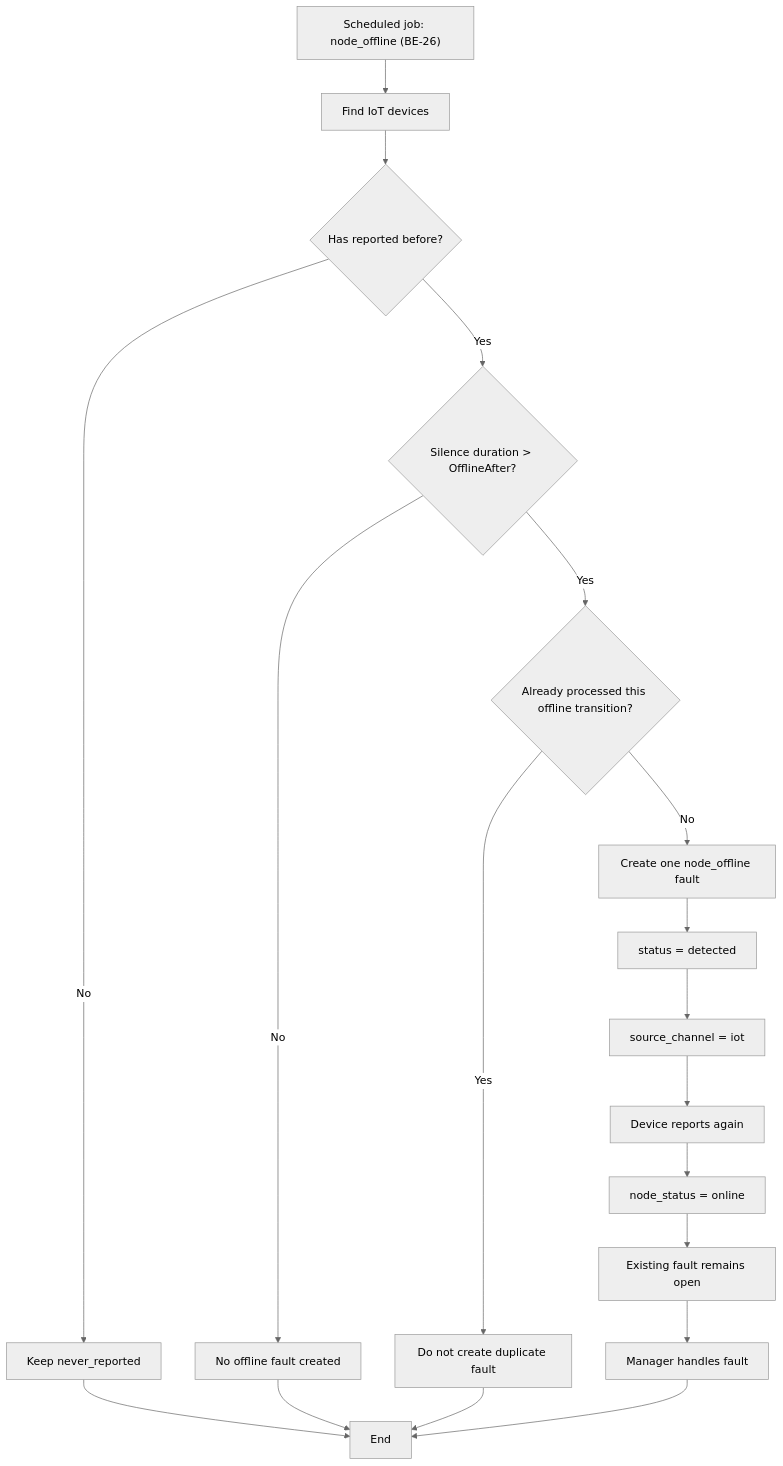
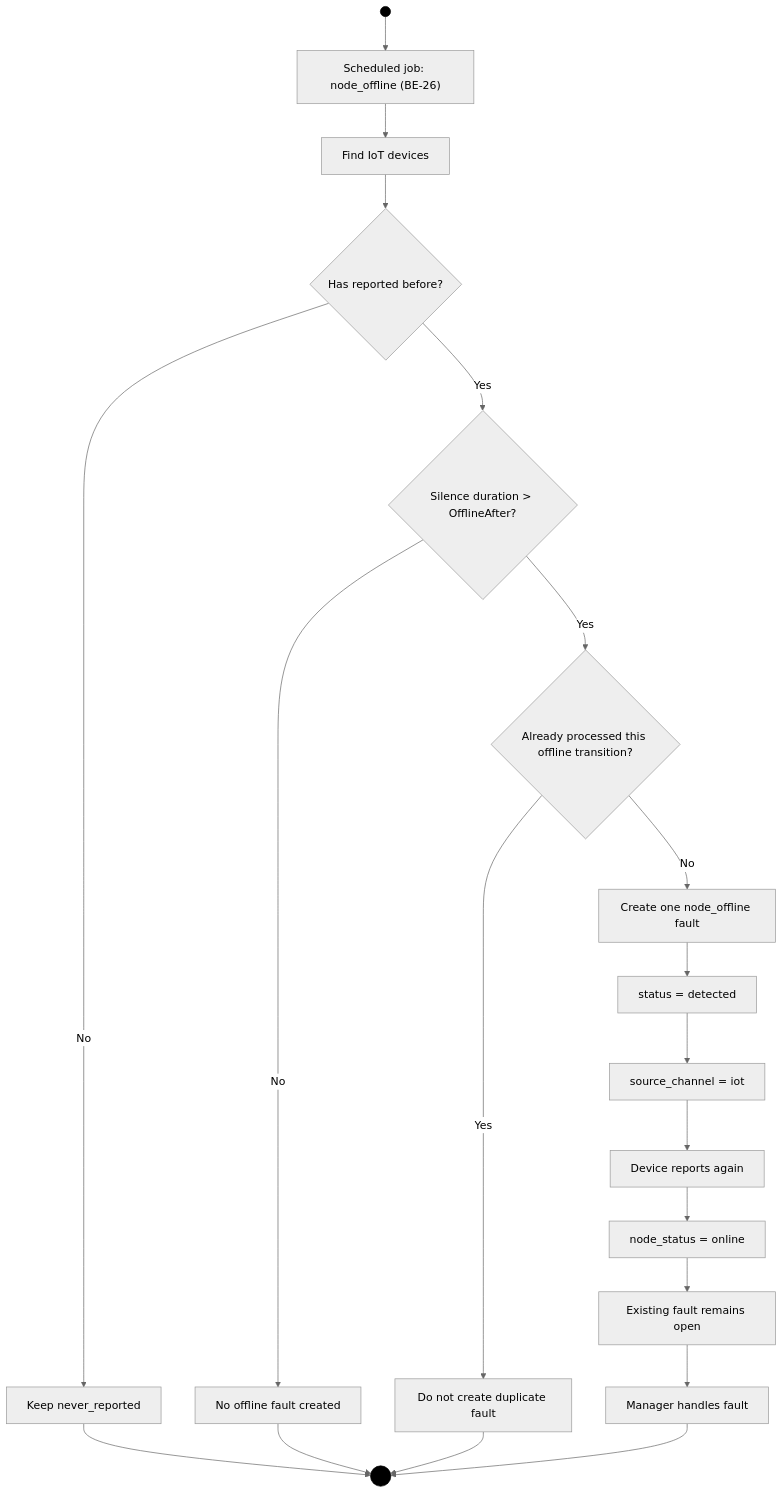
One commit to LuxMapLabs/luxmap_backend changed the eighth of 14 diagrams in docs/state-machines.md. Above: the diagram before and after it, drawn with Mermaid (neutral theme). The commit also changed other lines of this file and 1 other file, not shown here.

First line of the commit message:
docs(state-machines): start and end markers where a diagram lacked them

````diff
--- a/docs/state-machines.md
+++ b/docs/state-machines.md
@@ -293,27 +293,31 @@
 ```mermaid
 flowchart TD
+    S((" ")) --> A
     A["Scheduled job: node_offline (BE-26)"] --> B["Find IoT devices"]
     B --> C{"Has reported before?"}
 
     C -- "No" --> D["Keep never_reported"]
     C -- "Yes" --> E{"Silence duration > OfflineAfter?"}
 
     E -- "No" --> F["No offline fault created"]
     E -- "Yes" --> G{"Already processed this offline transition?"}
 
     G -- "No" --> H["Create one node_offline fault"]
     H --> I["status = detected"]
     I --> J["source_channel = iot"]
 
     G -- "Yes" --> K["Do not create duplicate fault"]
 
     J --> L["Device reports again"]
     L --> M["node_status = online"]
     M --> N["Existing fault remains open"]
     N --> O["Manager handles fault"]
 
-    D --> P["End"]
+    D --> P(((" ")))
     F --> P
     K --> P
     O --> P
+
+    style S fill:#000,stroke:#000
+    style P fill:#000,stroke:#000
 ```
````
